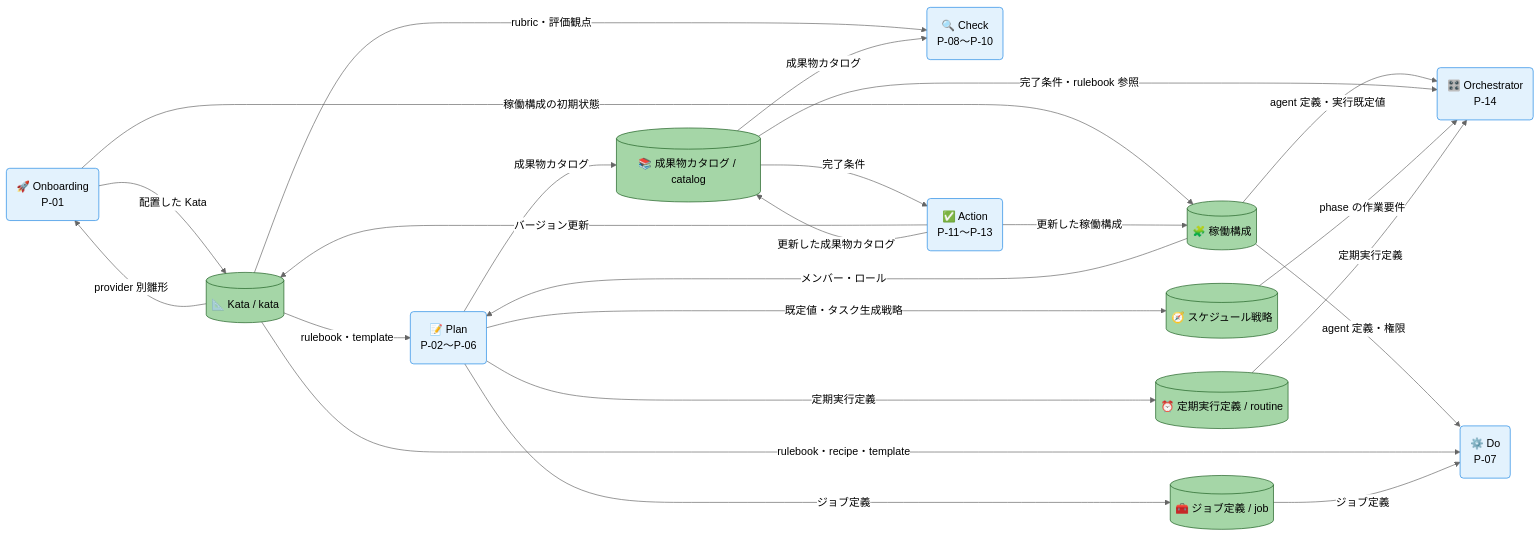
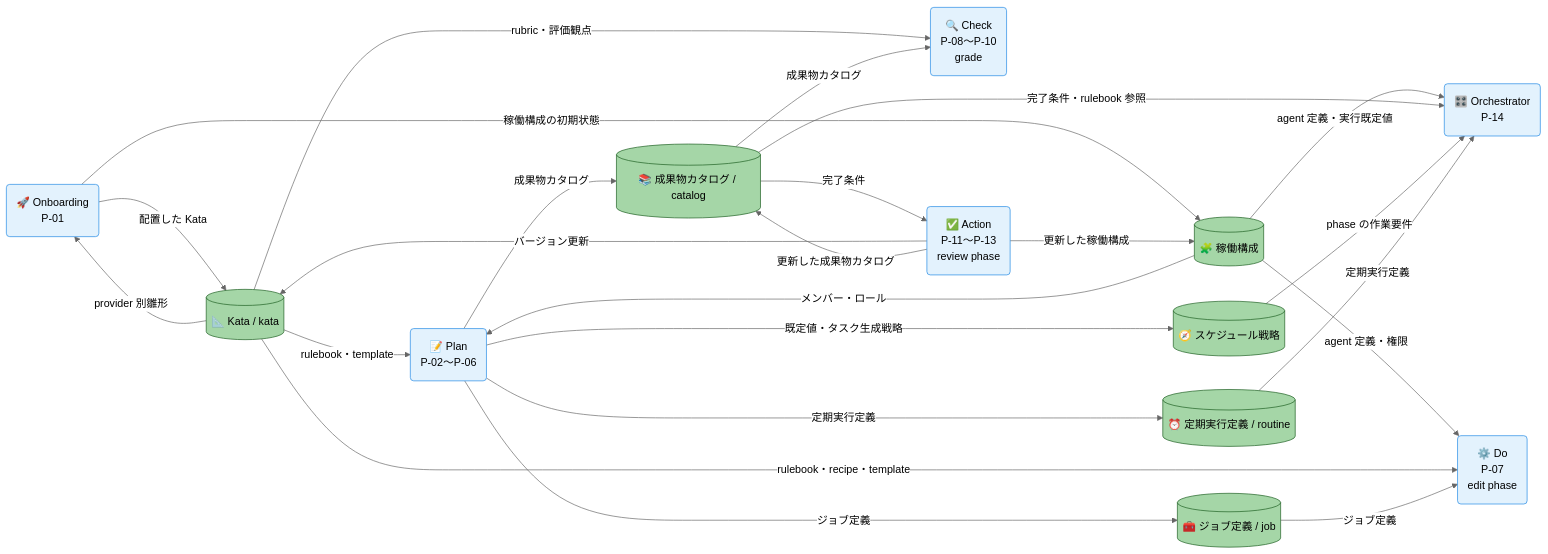
One commit to specdojo/specdojo changed the second of 3 diagrams in docs/ja/product/010-business-specs/010-data-flow/cdfd-overview.md. Above: the diagram before and after it, drawn with Mermaid (neutral theme). The commit also changed other lines of this file and 9 other files, not shown here.

Commit message:
exec(register PJR-XZEQ): cdfd-overview と cdfd-check と cdfd-action へ grade と review の関係を反映する

````diff
--- a/docs/ja/product/010-business-specs/010-data-flow/cdfd-overview.md
+++ b/docs/ja/product/010-business-specs/010-data-flow/cdfd-overview.md
@@ -232,46 +232,46 @@
 ```mermaid
 flowchart LR
   classDef process fill:#e3f2fd,stroke:#1e88e5,color:#000
   classDef storeMaster fill:#a5d6a7,stroke:#1b5e20,color:#000
 
   Onboarding("🚀 Onboarding<br>P-01")
   Kata[("📐 Kata / kata")]
   Config[("🧩 稼働構成")]
   Catalog[("📚 成果物カタログ / catalog")]
   Strategy[("🧭 スケジュール戦略")]
   Routine[("⏰ 定期実行定義 / routine")]
   Job[("🧰 ジョブ定義 / job")]
   Orchestrator("🎛️ Orchestrator<br>P-14")
   Plan("📝 Plan<br>P-02〜P-06")
-  Do("⚙️ Do<br>P-07")
-  Check("🔍 Check<br>P-08〜P-10")
-  Action("✅ Action<br>P-11〜P-13")
+  Do("⚙️ Do<br>P-07<br>edit phase")
+  Check("🔍 Check<br>P-08〜P-10<br>grade")
+  Action("✅ Action<br>P-11〜P-13<br>review phase")
 
   Kata -->|"provider 別雛形"| Onboarding
   Onboarding -->|"配置した Kata"| Kata
   Onboarding -->|"稼働構成の初期状態"| Config
 
   Config -->|"agent 定義・実行既定値"| Orchestrator
   Config -->|"agent 定義・権限"| Do
   Config -->|"メンバー・ロール"| Plan
   Kata -->|"rulebook・template"| Plan
   Kata -->|"rulebook・recipe・template"| Do
   Kata -->|"rubric・評価観点"| Check
   Plan -->|"成果物カタログ"| Catalog
   Catalog -->|"成果物カタログ"| Check
   Catalog -->|"完了条件・rulebook 参照"| Orchestrator
   Catalog -->|"完了条件"| Action
   Plan -->|"既定値・タスク生成戦略"| Strategy
   Strategy -->|"phase の作業要件"| Orchestrator
   Plan -->|"定期実行定義"| Routine
   Plan -->|"ジョブ定義"| Job
   Routine -->|"定期実行定義"| Orchestrator
   Job -->|"ジョブ定義"| Do
 
   Action -->|"更新した稼働構成"| Config
   Action -->|"バージョン更新"| Kata
   Action -->|"更新した成果物カタログ"| Catalog
 
   class Onboarding,Orchestrator,Plan,Do,Check,Action process
   class Kata,Config,Catalog,Strategy,Routine,Job storeMaster
 ```
````
